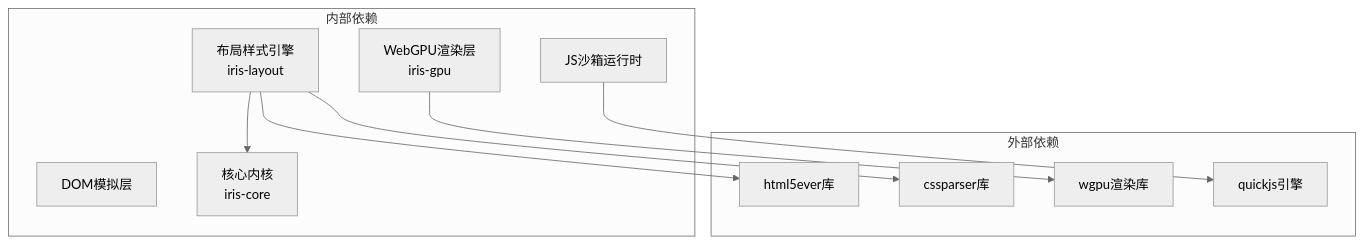
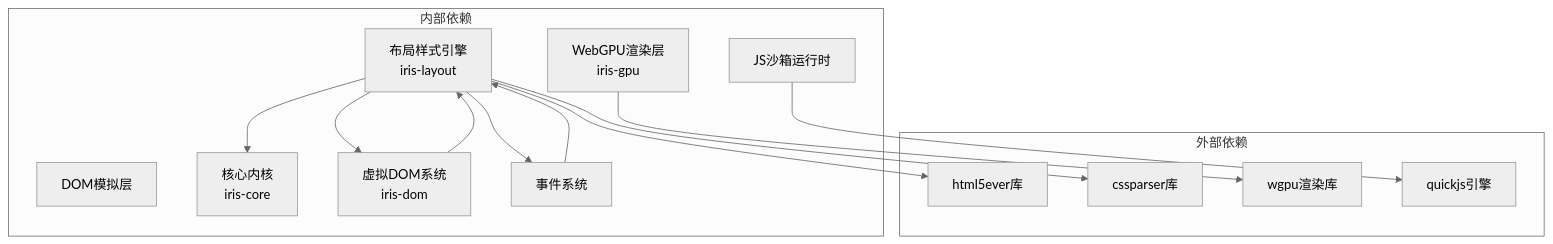
One commit to itszzl-sudo/iris changed diagram 11 of 13 in .qoder/repowiki/zh/content/技术架构详解/布局样式系统/布局样式系统.md. Above: the diagram before and after it, drawn with Mermaid (neutral theme). The commit also changed other lines of this file and 10 other files, not shown here.

````diff
--- a/.qoder/repowiki/zh/content/技术架构详解/布局样式系统/布局样式系统.md
+++ b/.qoder/repowiki/zh/content/技术架构详解/布局样式系统/布局样式系统.md
@@ -323,21 +424,27 @@
 ```mermaid
 graph TB
 subgraph "内部依赖"
 LayoutStyle["布局样式引擎<br/>iris-layout"]
 WebGPU["WebGPU渲染层<br/>iris-gpu"]
 JSRuntime["JS沙箱运行时"]
 DOMSim["DOM模拟层"]
 Core["核心内核<br/>iris-core"]
+VNodeSystem["虚拟DOM系统<br/>iris-dom"]
+EventSystem["事件系统"]
 end
 subgraph "外部依赖"
 html5ever["html5ever库"]
 cssparser["cssparser库"]
 wgpu["wgpu渲染库"]
 quickjs["quickjs引擎"]
 end
 LayoutStyle --> html5ever
 LayoutStyle --> cssparser
 LayoutStyle --> Core
+LayoutStyle --> VNodeSystem
+LayoutStyle --> EventSystem
 WebGPU --> wgpu
 JSRuntime --> quickjs
+VNodeSystem --> LayoutStyle
+EventSystem --> LayoutStyle
 ```
````
